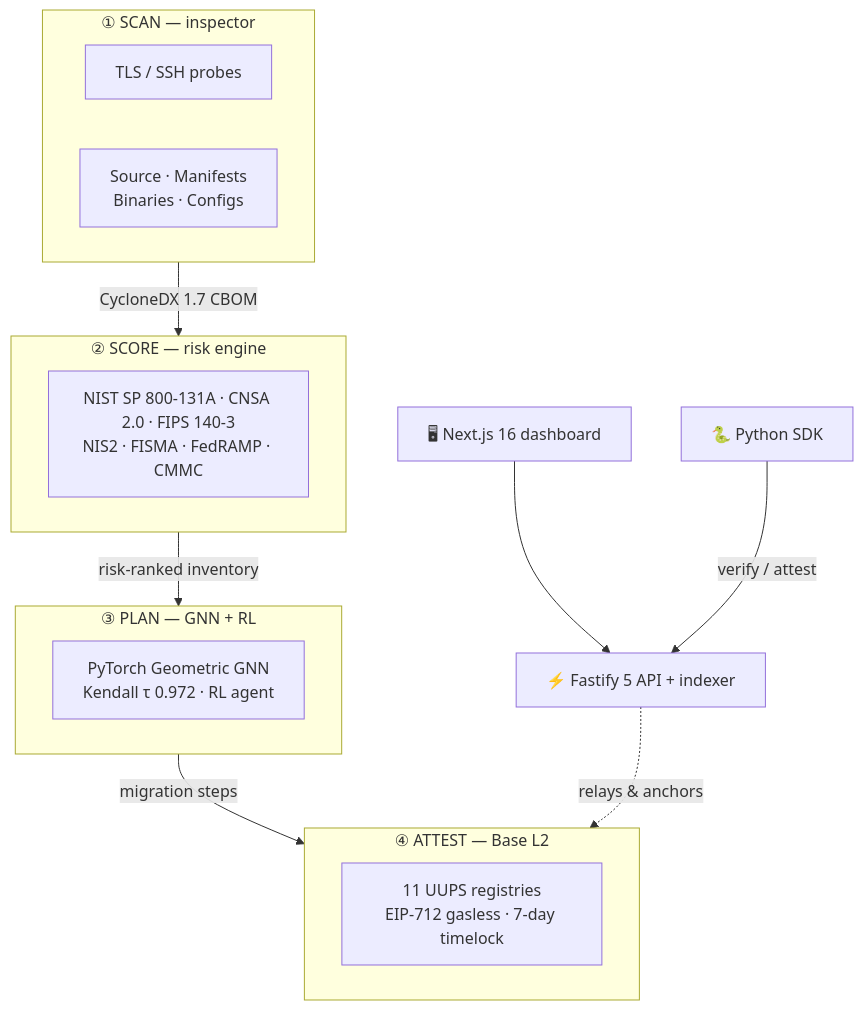
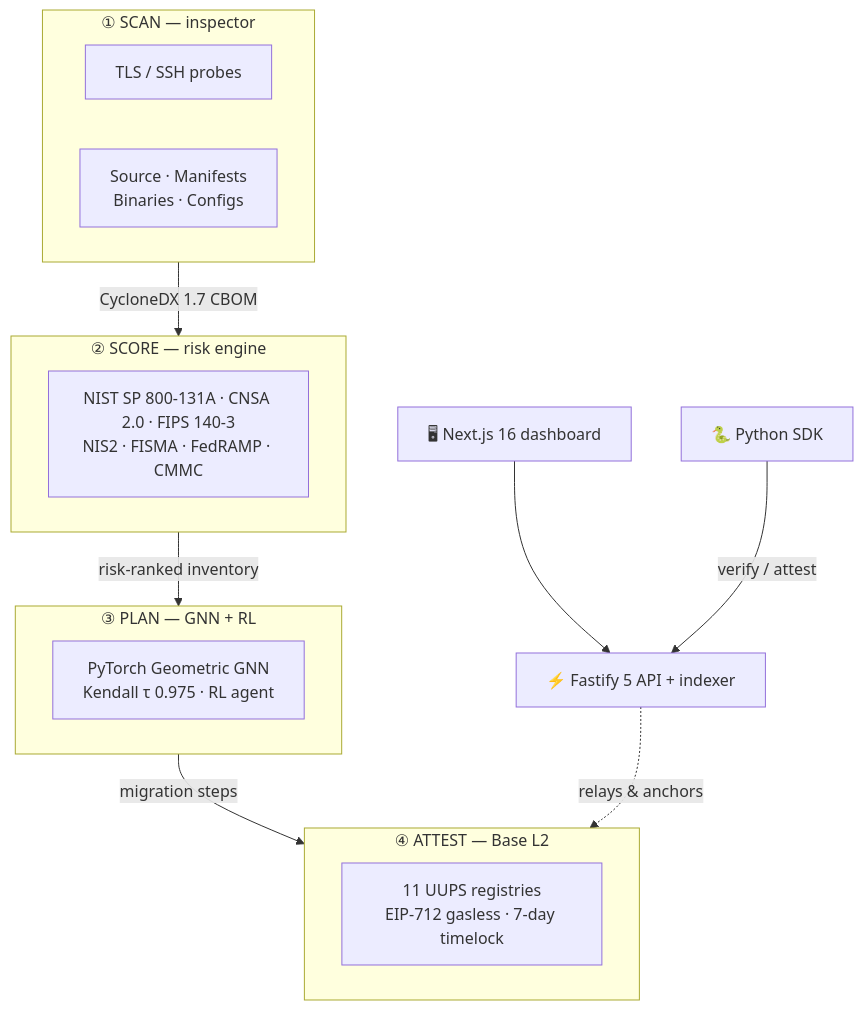
The first of 4 diagrams in README.md (VigneshJai-Debug/q-trust), drawn with Mermaid before and after one commit. The commit also changed other lines of this file and 90 other files, not shown here.

````diff
--- a/README.md
+++ b/README.md
@@ -160,27 +160,27 @@
 ```mermaid
 flowchart TB
     subgraph SCAN["① SCAN — inspector"]
         direction LR
         tls["TLS / SSH probes"]
         src["Source · Manifests<br/>Binaries · Configs"]
     end
 
     subgraph SCORE["② SCORE — risk engine"]
         risk["NIST SP 800-131A · CNSA 2.0 · FIPS 140-3<br/>NIS2 · FISMA · FedRAMP · CMMC"]
     end
 
     subgraph PLAN["③ PLAN — GNN + RL"]
-        gnn["PyTorch Geometric GNN<br/>Kendall τ 0.972 · RL agent"]
+        gnn["PyTorch Geometric GNN<br/>Kendall τ 0.975 · RL agent"]
     end
 
     subgraph ATTEST["④ ATTEST — Base L2"]
         chain["11 UUPS registries<br/>EIP-712 gasless · 7-day timelock"]
     end
 
     SCAN -->|"CycloneDX 1.7 CBOM"| SCORE
     SCORE -->|"risk-ranked inventory"| PLAN
     PLAN -->|"migration steps"| ATTEST
     be["⚡ Fastify 5 API + indexer"] -.->|"relays & anchors"| ATTEST
     fe["🖥 Next.js 16 dashboard"] --> be
     sdk["🐍 Python SDK"] -->|"verify / attest"| be
 ```
````
